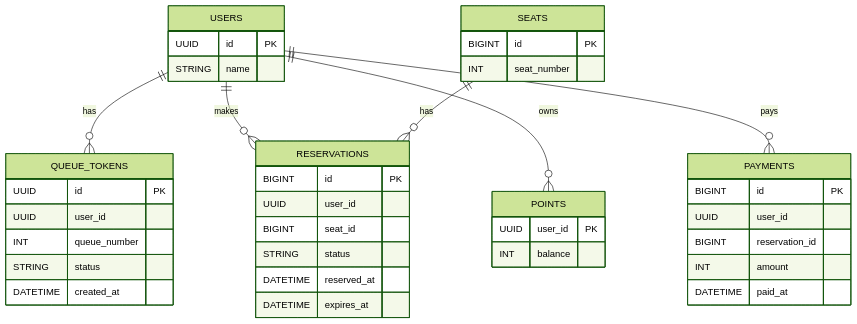
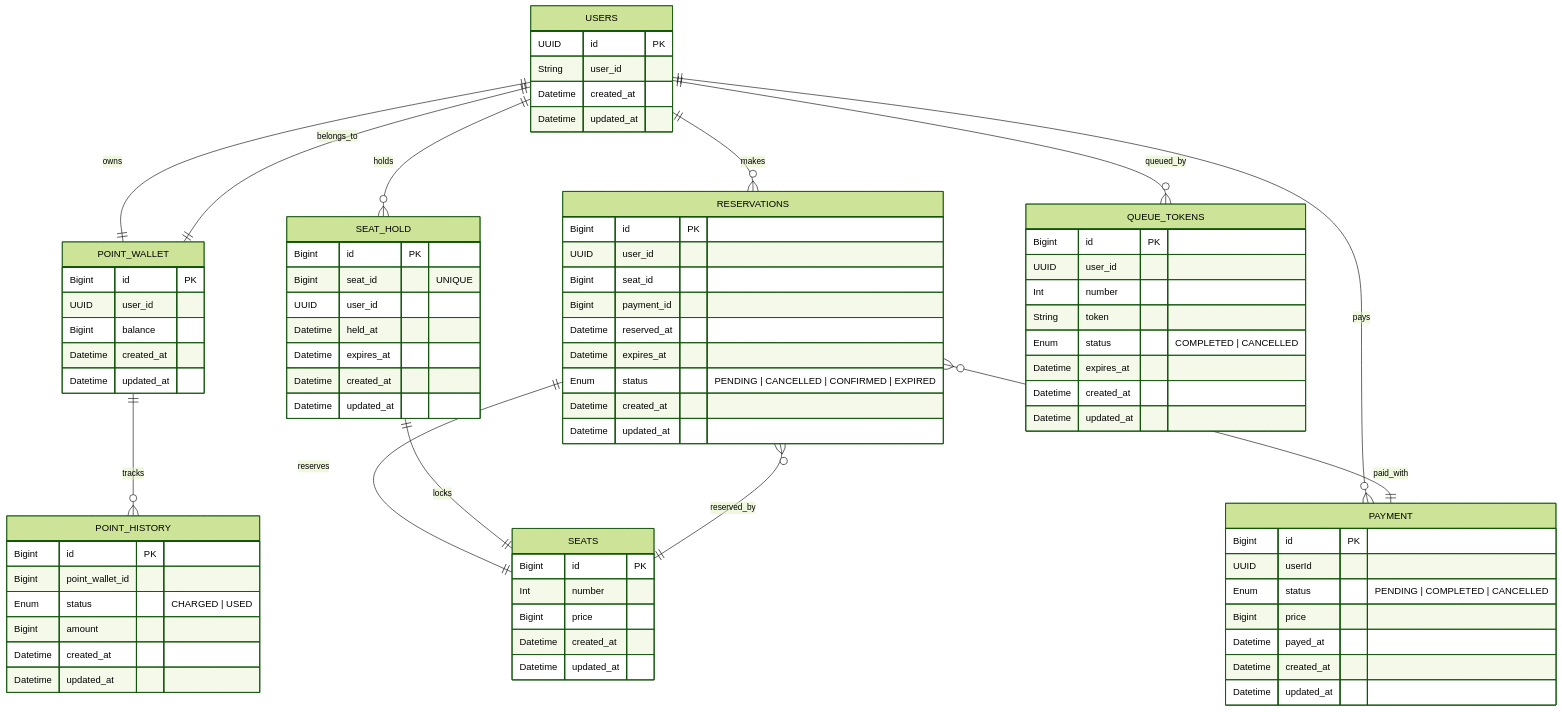
The fifth of 5 diagrams in README.md (crispindeity/hhplus-server-jvm), drawn with Mermaid (forest theme) before and after one commit. The commit also changed other lines of this file and 1 other file, not shown here.

Commit message:
:memo: Docs: 클래스 다이어그램 제거 및 ERD 수정

````diff
--- a/README.md
+++ b/README.md
@@ -326,48 +267,88 @@
 ```mermaid
 erDiagram
-    USERS ||--o{ QUEUE_TOKENS: has
+    USERS ||--|| POINT_WALLET: owns
     USERS ||--o{ RESERVATIONS: makes
-    USERS ||--o{ POINTS: owns
-    USERS ||--o{ PAYMENTS: pays
-    SEATS ||--o{ RESERVATIONS: has
-
-    QUEUE_TOKENS {
-        UUID id PK
-        UUID user_id
-        INT queue_number
-        STRING status
-        DATETIME created_at
-    }
-
+    USERS ||--o{ PAYMENT: pays
+    USERS ||--o{ SEAT_HOLD: holds
+    USERS ||--o{ QUEUE_TOKENS: queued_by
+    POINT_WALLET ||--o{ POINT_HISTORY: tracks
+    RESERVATIONS ||--|| SEATS: reserves
+    RESERVATIONS }o--|| PAYMENT: paid_with
+    SEAT_HOLD ||--|| SEATS: locks
+    SEATS ||--o{ RESERVATIONS: reserved_by
+    POINT_WALLET ||--|| USERS: belongs_to
     USERS {
         UUID id PK
-        STRING name
+        String user_id
+        Datetime created_at
+        Datetime updated_at
     }
 
     SEATS {
-        BIGINT id PK
-        INT seat_number
+        Bigint id PK
+        Int number
+        Bigint price
+        Datetime created_at
+        Datetime updated_at
+    }
+
+    POINT_WALLET {
+        Bigint id PK
+        UUID user_id
+        Bigint balance
+        Datetime created_at
+        Datetime updated_at
     }
 
     RESERVATIONS {
-        BIGINT id PK
+        Bigint id PK
         UUID user_id
-        BIGINT seat_id
-        STRING status
-        DATETIME reserved_at
-        DATETIME expires_at
+        Bigint seat_id
+        Bigint payment_id
+        Datetime reserved_at
+        Datetime expires_at
+        Enum status "PENDING | CANCELLED | CONFIRMED | EXPIRED"
+        Datetime created_at
+        Datetime updated_at
     }
 
-    POINTS {
-        UUID user_id PK
-        INT balance
+    QUEUE_TOKENS {
+        Bigint id PK
+        UUID user_id
+        Int number
+        String token
+        Enum status "COMPLETED | CANCELLED"
+        Datetime expires_at
+        Datetime created_at
+        Datetime updated_at
     }
 
-    PAYMENTS {
-        BIGINT id PK
+    POINT_HISTORY {
+        Bigint id PK
+        Bigint point_wallet_id
+        Enum status "CHARGED | USED"
+        Bigint amount
+        Datetime created_at
+        Datetime updated_at
+    }
+
+    PAYMENT {
+        Bigint id PK
+        UUID userId
+        Enum status "PENDING | COMPLETED | CANCELLED"
+        Bigint price
+        Datetime payed_at
+        Datetime created_at
+        Datetime updated_at
+    }
+
+    SEAT_HOLD {
+        Bigint id PK
+        Bigint seat_id "UNIQUE"
         UUID user_id
-        BIGINT reservation_id
-        INT amount
-        DATETIME paid_at
+        Datetime held_at
+        Datetime expires_at
+        Datetime created_at
+        Datetime updated_at
     }
 ```
````
